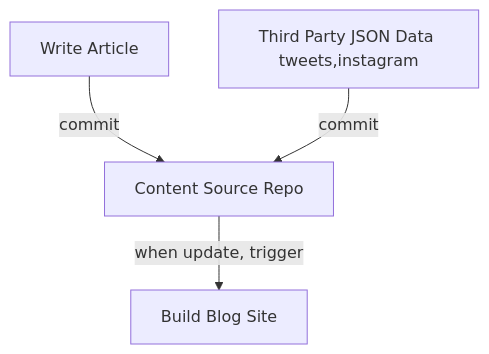
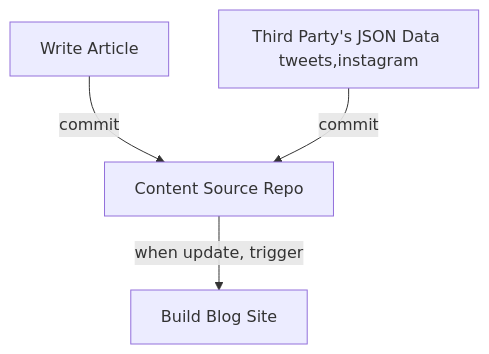
Before and after one commit to theowenyoung/story: the diagram in en/posts/how-i-built-my-blog.md, drawn with Mermaid. The commit also changed other lines of this file, not shown here.

````diff
--- a/en/posts/how-i-built-my-blog.md
+++ b/en/posts/how-i-built-my-blog.md
@@ -19,10 +19,10 @@
 ```mermaid
 graph TD
     Article[Write Article]
-    Data[Third Party JSON Data tweets,instagram]
+    Data[Third Party's JSON Data tweets,instagram]
     Article --> | commit | Source
     Data --> |commit|Source
     Source[Content Source Repo]
     Target[Build Blog Site]
     Source --> |when update, trigger|Target
 ```
````
